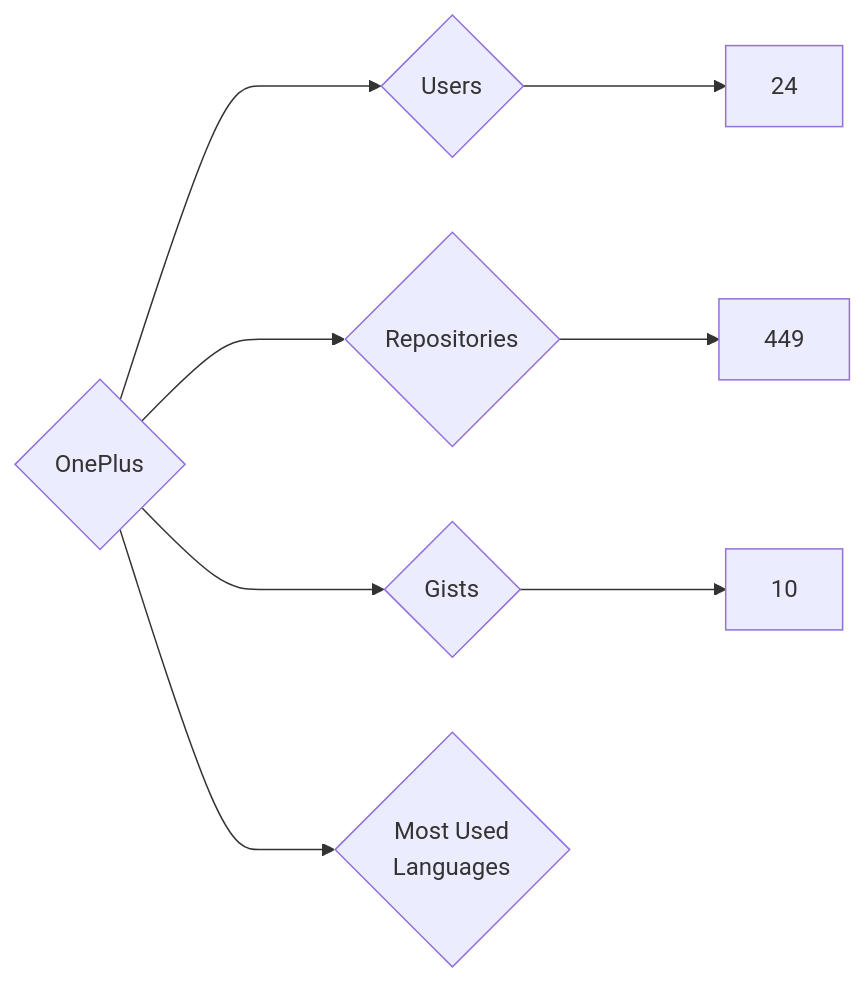
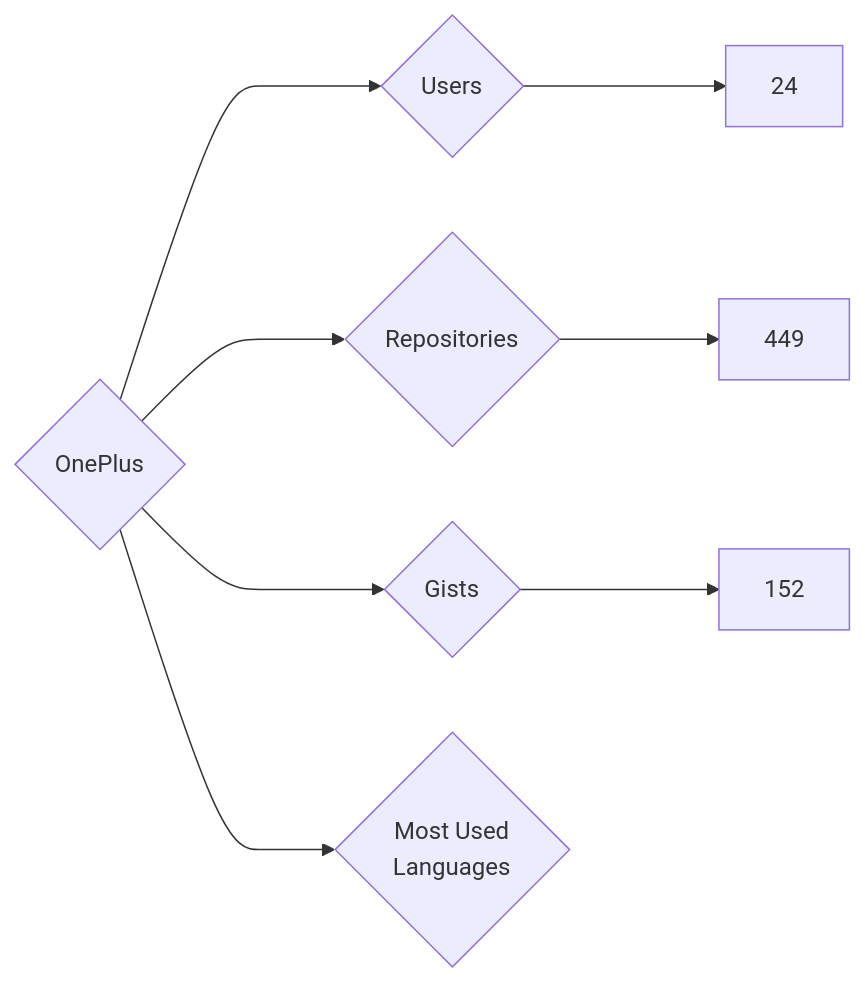
Before and after one commit to nenadzaric/insiders: the diagram in targets/OnePlus/README.md, drawn with Mermaid. The commit also changed 1342 other files, not shown here.

````diff
--- a/targets/OnePlus/README.md
+++ b/targets/OnePlus/README.md
@@ -3,8 +3,8 @@
 ```mermaid
 graph LR
 COMPANY_NAME{OnePlus}
 COMPANY_NAME ---> U{Users} ---> UN[24]
 COMPANY_NAME ---> R{Repositories} ---> RN[449]
-COMPANY_NAME ---> G{Gists} ---> GN[10]
+COMPANY_NAME ---> G{Gists} ---> GN[152]
 COMPANY_NAME ---> ML{Most Used<br>Languages}
 ```
````
